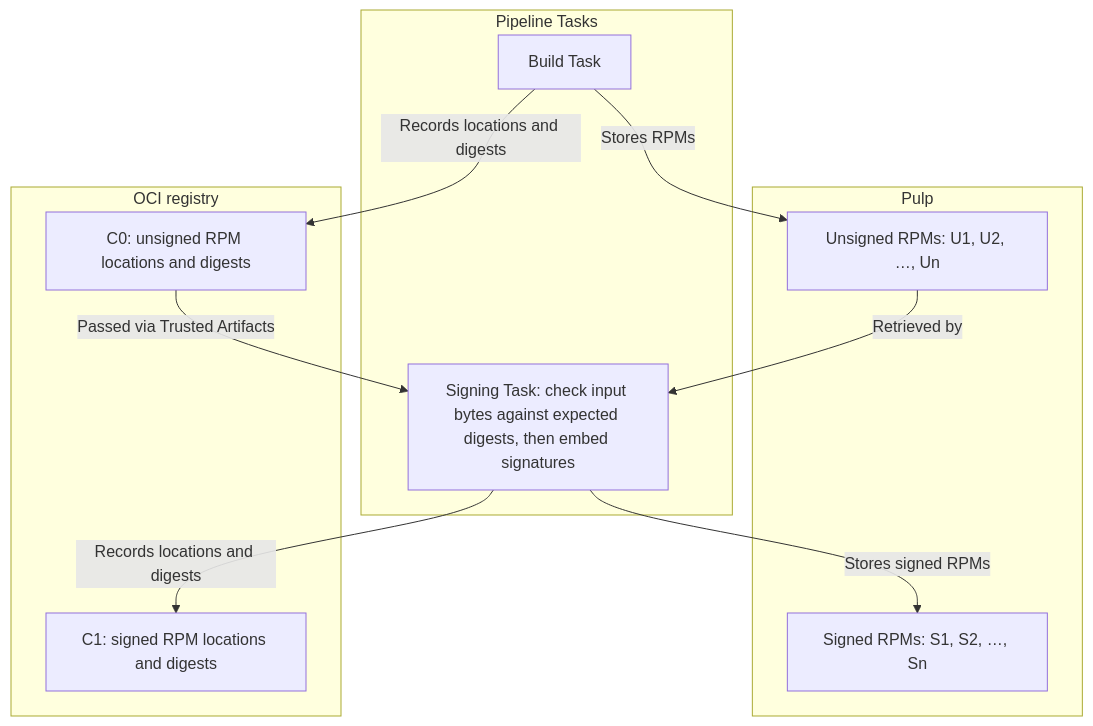
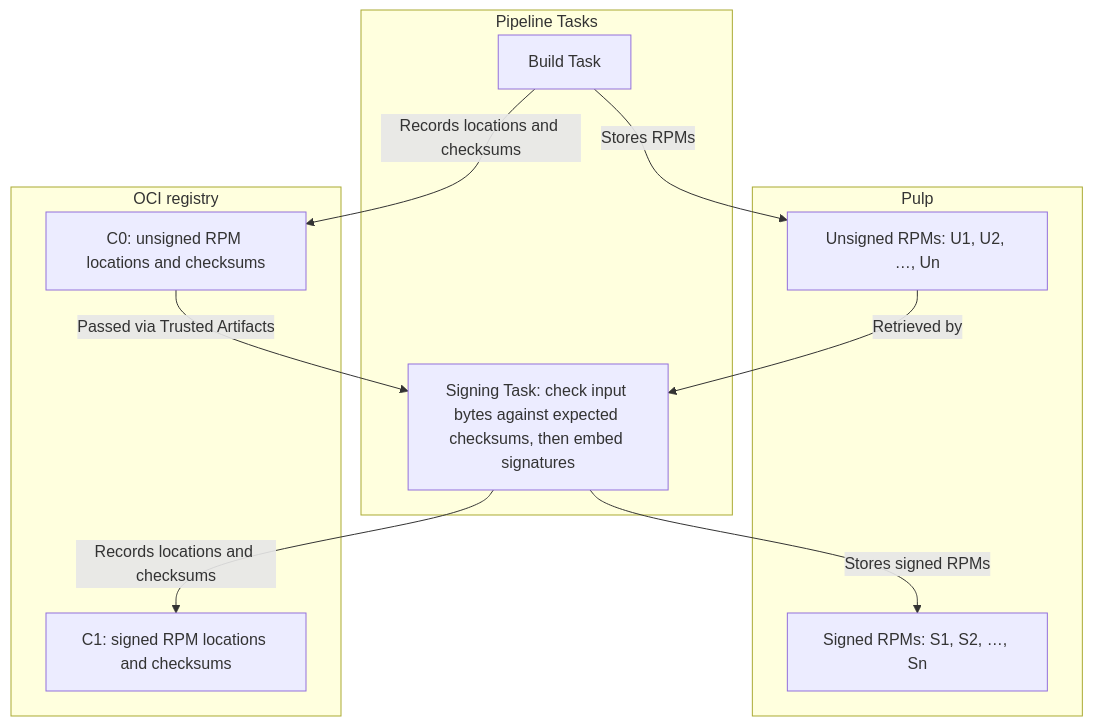
The second of 3 diagrams in ADR/0074-post-build-artifact-transformations.md (konflux-ci/architecture), drawn with Mermaid before and after one commit. The commit also changed other lines of this file, not shown here.

Commit message:
docs: distinguish checksums from digests in ADR 0074
Use 'checksum' where the text describes values listed in storage metadata (matching pulp_results.json and RPM repodata vocabulary) and what mutation tasks byte-check against; keep 'digest' as the formal evidence-model term for what attestations and VSAs bind. Add a bridging sentence in section 1 so the two vocabularies map explicitly. Grounded in the KONFLUX-14464 design doc and RoK ARB notes, which describe the OCI anchor metadata as listing URLs, Pulp hrefs and SHA-256 checksums.

````diff
--- a/ADR/0074-post-build-artifact-transformations.md
+++ b/ADR/0074-post-build-artifact-transformations.md
@@ -192,22 +192,22 @@
 ```mermaid
 flowchart TB
     subgraph Tasks["Pipeline Tasks"]
         Build["Build Task"]
-        Sign["Signing Task: check input bytes against expected digests, then embed signatures"]
+        Sign["Signing Task: check input bytes against expected checksums, then embed signatures"]
     end
     subgraph Pulp["Pulp"]
         Unsigned["Unsigned RPMs: U1, U2, …, Un"]
         Signed["Signed RPMs: S1, S2, …, Sn"]
     end
     subgraph Registry["OCI registry"]
-        C0["C0: unsigned RPM locations and digests"]
-        C1["C1: signed RPM locations and digests"]
+        C0["C0: unsigned RPM locations and checksums"]
+        C1["C1: signed RPM locations and checksums"]
     end
 
     Build -->|Stores RPMs| Unsigned
-    Build -->|Records locations and digests| C0
+    Build -->|Records locations and checksums| C0
     Unsigned -->|Retrieved by| Sign
     C0 -->|Passed via Trusted Artifacts| Sign
     Sign -->|Stores signed RPMs| Signed
-    Sign -->|Records locations and digests| C1
+    Sign -->|Records locations and checksums| C1
 ```
````
